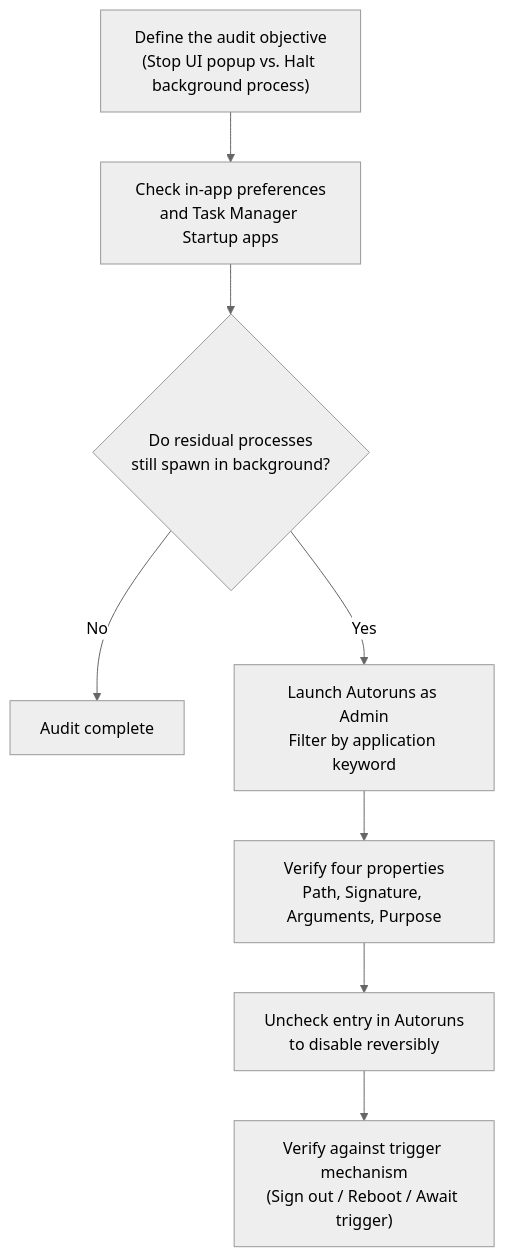
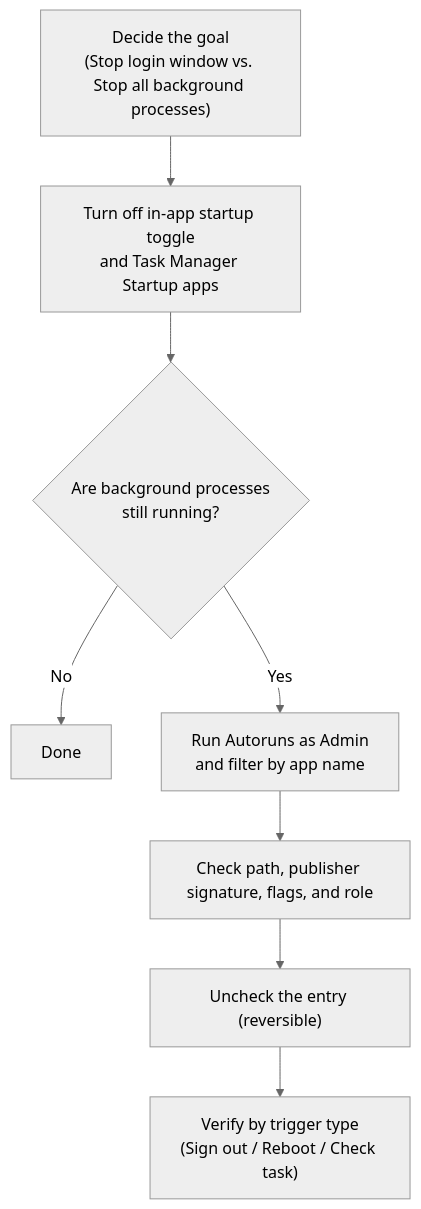
Before and after one commit to Sanjeever/boundless: the diagram in docs/en/posts/2026/10/29-windows-startup-management.md, drawn with Mermaid (neutral theme). The commit also changed other lines of this file and 56 other files, not shown here.

````diff
--- a/docs/en/posts/2026/10/29-windows-startup-management.md
+++ b/docs/en/posts/2026/10/29-windows-startup-management.md
@@ -184,10 +152,10 @@
 ```mermaid
 flowchart TD
-    A["Define the audit objective<br/>(Stop UI popup vs. Halt background process)"] --> B["Check in-app preferences<br/>and Task Manager Startup apps"]
-    B --> C{"Do residual processes<br/>still spawn in background?"}
-    C -- No --> D["Audit complete"]
-    C -- Yes --> E["Launch Autoruns as Admin<br/>Filter by application keyword"]
-    E --> F["Verify four properties<br/>Path, Signature, Arguments, Purpose"]
-    F --> G["Uncheck entry in Autoruns<br/>to disable reversibly"]
-    G --> H["Verify against trigger mechanism<br/>(Sign out / Reboot / Await trigger)"]
+    A["Decide the goal<br/>(Stop login window vs. Stop all background processes)"] --> B["Turn off in-app startup toggle<br/>and Task Manager Startup apps"]
+    B --> C{"Are background processes<br/>still running?"}
+    C -- No --> D["Done"]
+    C -- Yes --> E["Run Autoruns as Admin<br/>and filter by app name"]
+    E --> F["Check path, publisher signature, flags, and role"]
+    F --> G["Uncheck the entry (reversible)"]
+    G --> H["Verify by trigger type<br/>(Sign out / Reboot / Check task)"]
 ```
````
